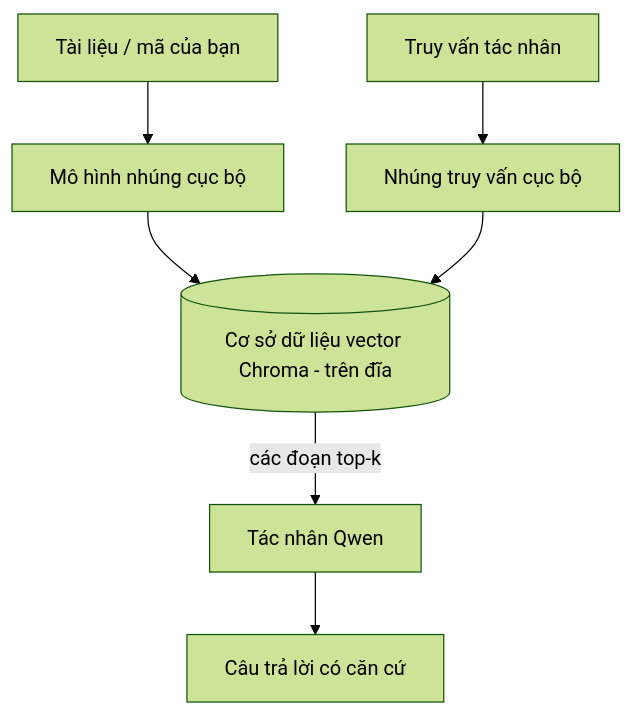
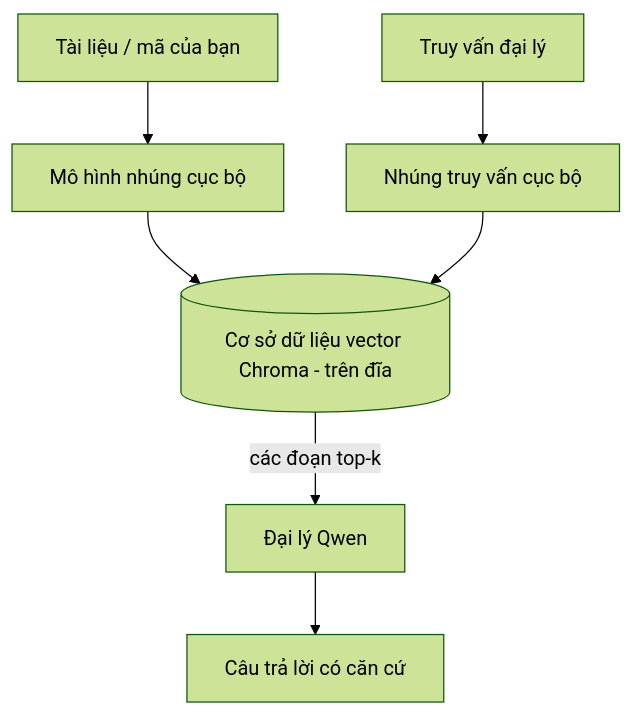
One commit to gabrielmoreira/agent-skills-mirror changed the third of 4 diagrams in mirrors/repos/microsoft@ai-agents-for-beginners/translations/vi/17-creating-local-ai-agents/README.md. Above: the diagram before and after it, drawn with Mermaid (forest theme). The commit also changed other lines of this file and 4262 other files, not shown here.

````diff
--- a/mirrors/repos/microsoft@ai-agents-for-beginners/translations/vi/17-creating-local-ai-agents/README.md
+++ b/mirrors/repos/microsoft@ai-agents-for-beginners/translations/vi/17-creating-local-ai-agents/README.md
@@ -125,9 +125,9 @@
 ```mermaid
 flowchart TB
     D[Tài liệu / mã của bạn] --> E[Mô hình nhúng cục bộ]
     E --> V[(Cơ sở dữ liệu vector Chroma - trên đĩa)]
-    Q[Truy vấn tác nhân] --> QE[Nhúng truy vấn cục bộ]
+    Q[Truy vấn đại lý] --> QE[Nhúng truy vấn cục bộ]
     QE --> V
-    V -->|các đoạn top-k| A[Tác nhân Qwen]
+    V -->|các đoạn top-k| A[Đại lý Qwen]
     A --> Ans[Câu trả lời có căn cứ]
 ```
````
